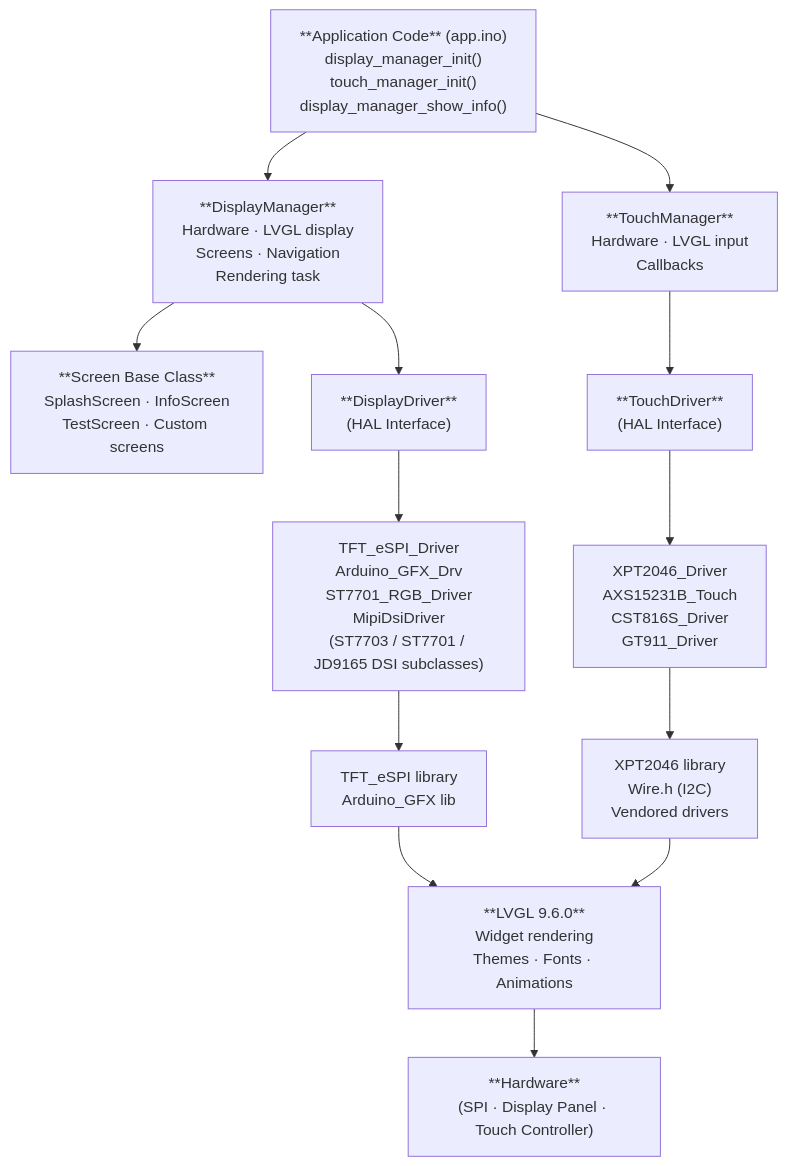
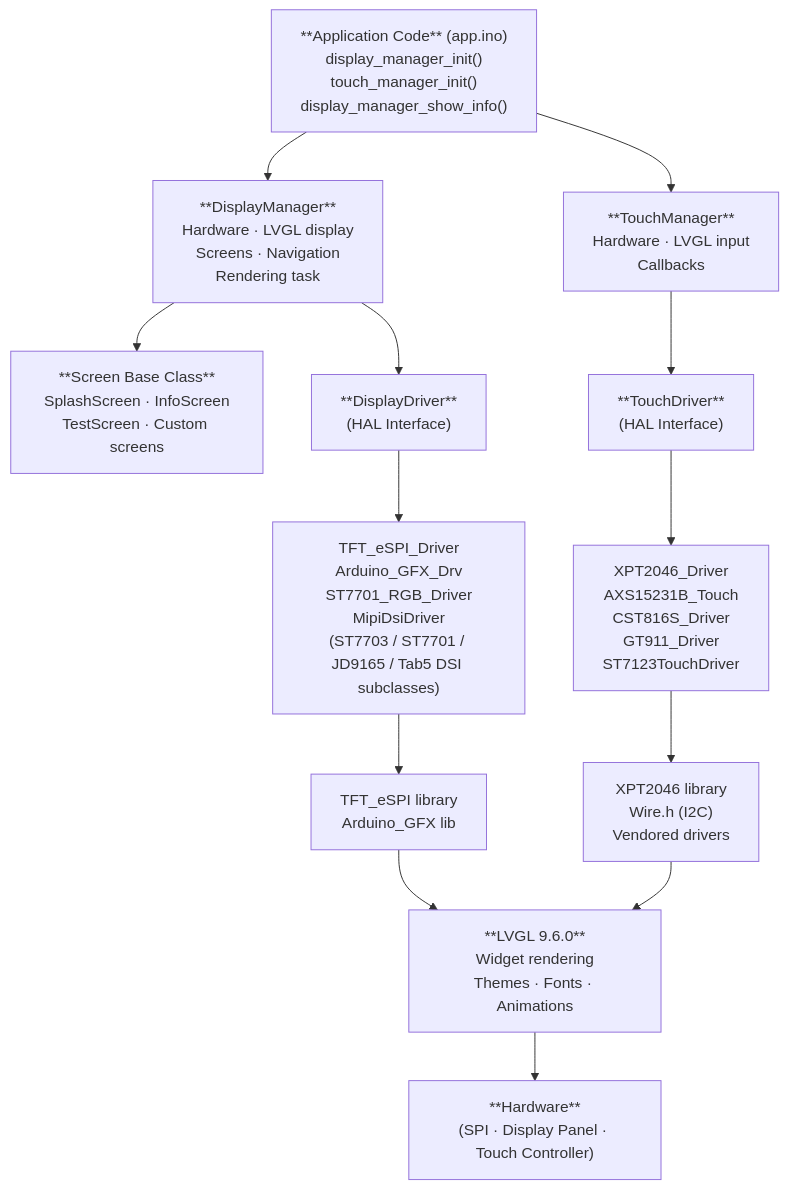
One commit to jantielens/esp32-macropad changed the first of 6 diagrams in docs/dev/display-touch-architecture.md. Above: the diagram before and after it, drawn with Mermaid. The commit also changed other lines of this file and 33 other files, not shown here.

````diff
--- a/docs/dev/display-touch-architecture.md
+++ b/docs/dev/display-touch-architecture.md
@@ -56,16 +56,16 @@
 ```mermaid
 graph TD
     App["**Application Code** (app.ino)<br/>display_manager_init()<br/>touch_manager_init()<br/>display_manager_show_info()"]
     App --> DM["**DisplayManager**<br/>Hardware · LVGL display<br/>Screens · Navigation<br/>Rendering task"]
     App --> TM["**TouchManager**<br/>Hardware · LVGL input<br/>Callbacks"]
     DM --> Screens["**Screen Base Class**<br/>SplashScreen · InfoScreen<br/>TestScreen · Custom screens"]
     DM --> DD["**DisplayDriver**<br/>(HAL Interface)"]
     TM --> TD["**TouchDriver**<br/>(HAL Interface)"]
-    DD --> DImpl["TFT_eSPI_Driver<br/>Arduino_GFX_Drv<br/>ST7701_RGB_Driver<br/>MipiDsiDriver<br/>(ST7703 / ST7701 / JD9165 DSI subclasses)"]
-    TD --> TImpl["XPT2046_Driver<br/>AXS15231B_Touch<br/>CST816S_Driver<br/>GT911_Driver"]
+    DD --> DImpl["TFT_eSPI_Driver<br/>Arduino_GFX_Drv<br/>ST7701_RGB_Driver<br/>MipiDsiDriver<br/>(ST7703 / ST7701 / JD9165 / Tab5 DSI subclasses)"]
+    TD --> TImpl["XPT2046_Driver<br/>AXS15231B_Touch<br/>CST816S_Driver<br/>GT911_Driver<br/>ST7123TouchDriver"]
     DImpl --> Lib1["TFT_eSPI library<br/>Arduino_GFX lib"]
     TImpl --> Lib2["XPT2046 library<br/>Wire.h (I2C)<br/>Vendored drivers"]
     Lib1 --> LVGL["**LVGL 9.6.0**<br/>Widget rendering<br/>Themes · Fonts · Animations"]
     Lib2 --> LVGL
     LVGL --> HW["**Hardware**<br/>(SPI · Display Panel · Touch Controller)"]
 ```
````
